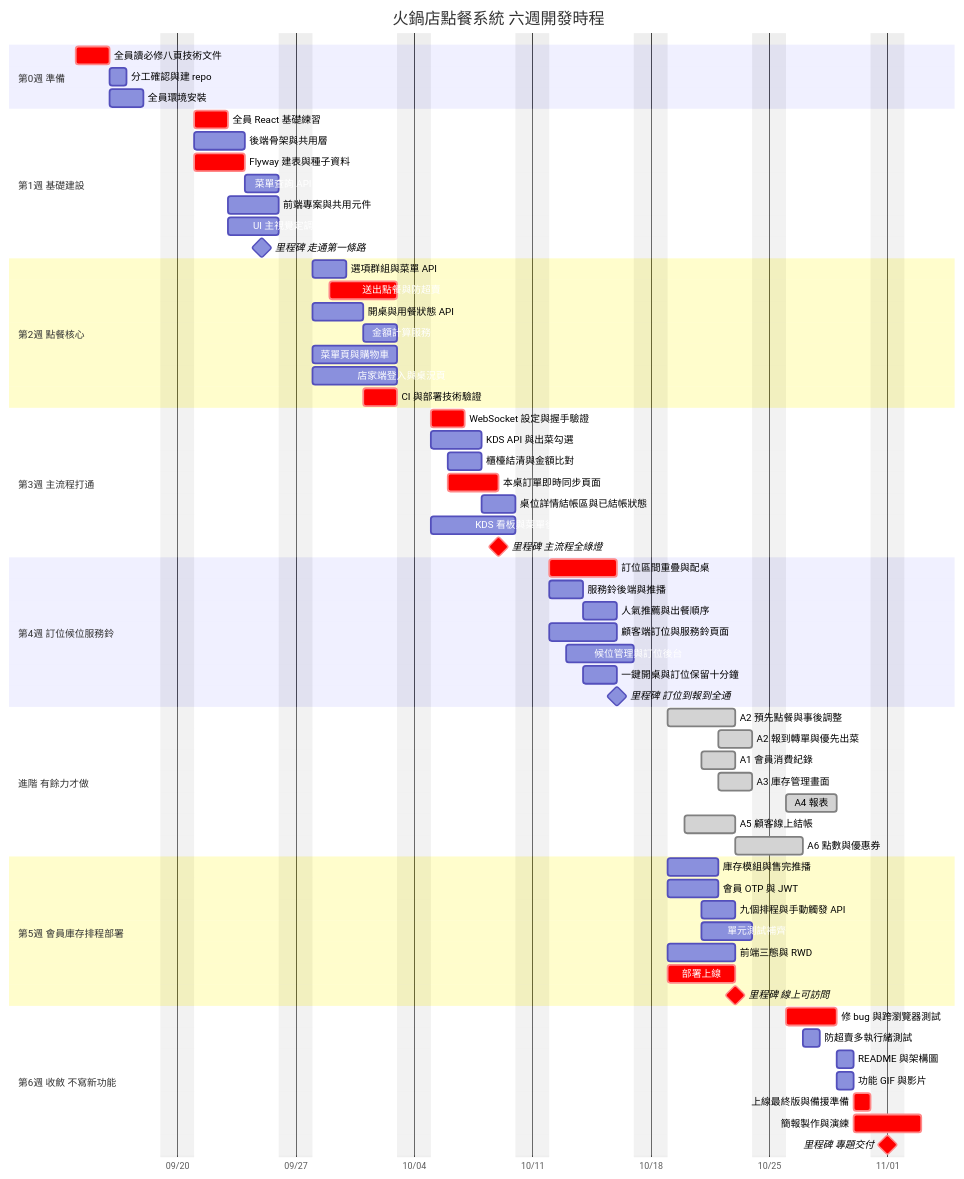
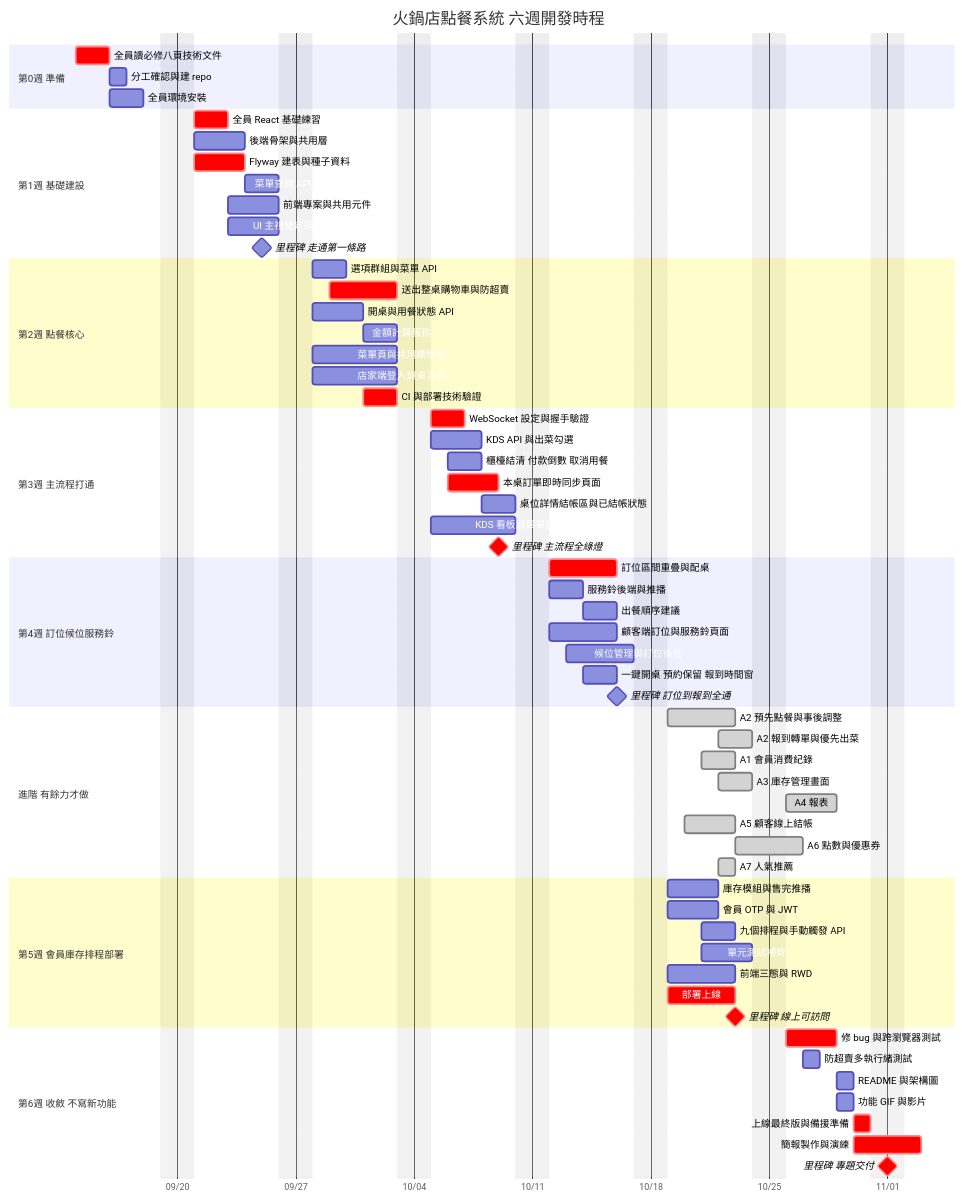
One commit to harry-wann/smart-order changed the fifth of 16 diagrams in docs/spec/06-圖表總覽.md. Above: the diagram before and after it, drawn with Mermaid. The commit also changed other lines of this file and 80 other files, not shown here.

````diff
--- a/docs/spec/06-圖表總覽.md
+++ b/docs/spec/06-圖表總覽.md
@@ -285,75 +291,76 @@
 ```mermaid
 gantt
     title 火鍋店點餐系統 六週開發時程
     dateFormat YYYY-MM-DD
     axisFormat %m/%d
     excludes weekends
 
     section 第0週 準備
     全員讀必修八頁技術文件  :crit, d0, 2026-09-14, 2d
     分工確認與建 repo       :a0, 2026-09-16, 1d
     全員環境安裝            :a1, 2026-09-16, 2d
 
     section 第1週 基礎建設
     全員 React 基礎練習      :crit, b1, 2026-09-21, 2d
     後端骨架與共用層         :b2, 2026-09-21, 3d
     Flyway 建表與種子資料     :crit, b3, 2026-09-21, 3d
     菜單查詢 API            :b4, 2026-09-24, 2d
     前端專案與共用元件       :b5, 2026-09-23, 3d
     UI 主視覺定調           :b6, 2026-09-23, 3d
     里程碑 走通第一條路      :milestone, m1, 2026-09-25, 0d
 
     section 第2週 點餐核心
     選項群組與菜單 API       :c1, 2026-09-28, 2d
-    送出點餐與防超賣         :crit, c2, 2026-09-29, 4d
+    送出整桌購物車與防超賣     :crit, c2, 2026-09-29, 4d
     開桌與用餐狀態 API       :c3, 2026-09-28, 3d
     金額計算服務            :c4, 2026-10-01, 2d
-    菜單頁與購物車          :c5, 2026-09-28, 5d
+    菜單頁與共用購物車       :c5, 2026-09-28, 5d
     店家端登入與桌況頁       :c6, 2026-09-28, 5d
     CI 與部署技術驗證        :crit, c7, 2026-10-01, 2d
 
     section 第3週 主流程打通
     WebSocket 設定與握手驗證  :crit, e0, 2026-10-05, 2d
     KDS API 與出菜勾選       :e2, 2026-10-05, 3d
-    櫃檯結清與金額比對       :e1, 2026-10-06, 2d
+    櫃檯結清 付款倒數 取消用餐 :e1, 2026-10-06, 2d
     本桌訂單即時同步頁面      :crit, e3, 2026-10-06, 3d
     桌位詳情結帳區與已結帳狀態 :e4, 2026-10-08, 2d
     KDS 看板與菜單後台       :e5, 2026-10-05, 5d
     里程碑 主流程全綠燈      :crit, milestone, m2, 2026-10-09, 0d
 
     section 第4週 訂位候位服務鈴
     訂位區間重疊與配桌       :crit, f2, 2026-10-12, 4d
     服務鈴後端與推播         :f1, 2026-10-12, 2d
-    人氣推薦與出餐順序       :f3, 2026-10-14, 2d
+    出餐順序建議            :f3, 2026-10-14, 2d
     顧客端訂位與服務鈴頁面    :f4, 2026-10-12, 4d
     候位管理與訂位後台       :f5, 2026-10-13, 4d
-    一鍵開桌與訂位保留十分鐘   :f6, 2026-10-14, 2d
+    一鍵開桌 預約保留 報到時間窗 :f6, 2026-10-14, 2d
     里程碑 訂位到報到全通    :milestone, m3, 2026-10-16, 0d
 
     section 進階 有餘力才做
     A2 預先點餐與事後調整     :done, x1, 2026-10-19, 4d
     A2 報到轉單與優先出菜     :done, x2, 2026-10-22, 2d
     A1 會員消費紀錄          :done, x3, 2026-10-21, 2d
     A3 庫存管理畫面          :done, x5, 2026-10-22, 2d
     A4 報表                 :done, x6, 2026-10-26, 3d
     A5 顧客線上結帳          :done, x7, 2026-10-20, 3d
     A6 點數與優惠券          :done, x8, 2026-10-23, 2d
+    A7 人氣推薦             :done, x9, 2026-10-22, 1d
 
     section 第5週 會員庫存排程部署
     庫存模組與售完推播       :g1, 2026-10-19, 3d
     會員 OTP 與 JWT         :g5, 2026-10-19, 3d
     九個排程與手動觸發 API    :g6, 2026-10-21, 2d
     單元測試補齊            :g3, 2026-10-21, 3d
     前端三態與 RWD          :g4, 2026-10-19, 4d
     部署上線                :crit, g2, 2026-10-19, 4d
     里程碑 線上可訪問        :crit, milestone, m4, 2026-10-23, 0d
 
     section 第6週 收斂 不寫新功能
     修 bug 與跨瀏覽器測試     :crit, h1, 2026-10-26, 3d
     防超賣多執行緒測試       :h6, 2026-10-27, 1d
     README 與架構圖         :h2, 2026-10-29, 1d
     功能 GIF 與影片         :h3, 2026-10-29, 1d
     上線最終版與備援準備      :crit, h4, 2026-10-30, 1d
     簡報製作與演練          :crit, h5, 2026-10-30, 2d
     里程碑 專題交付         :crit, milestone, m5, 2026-11-01, 0d
 ```
````
